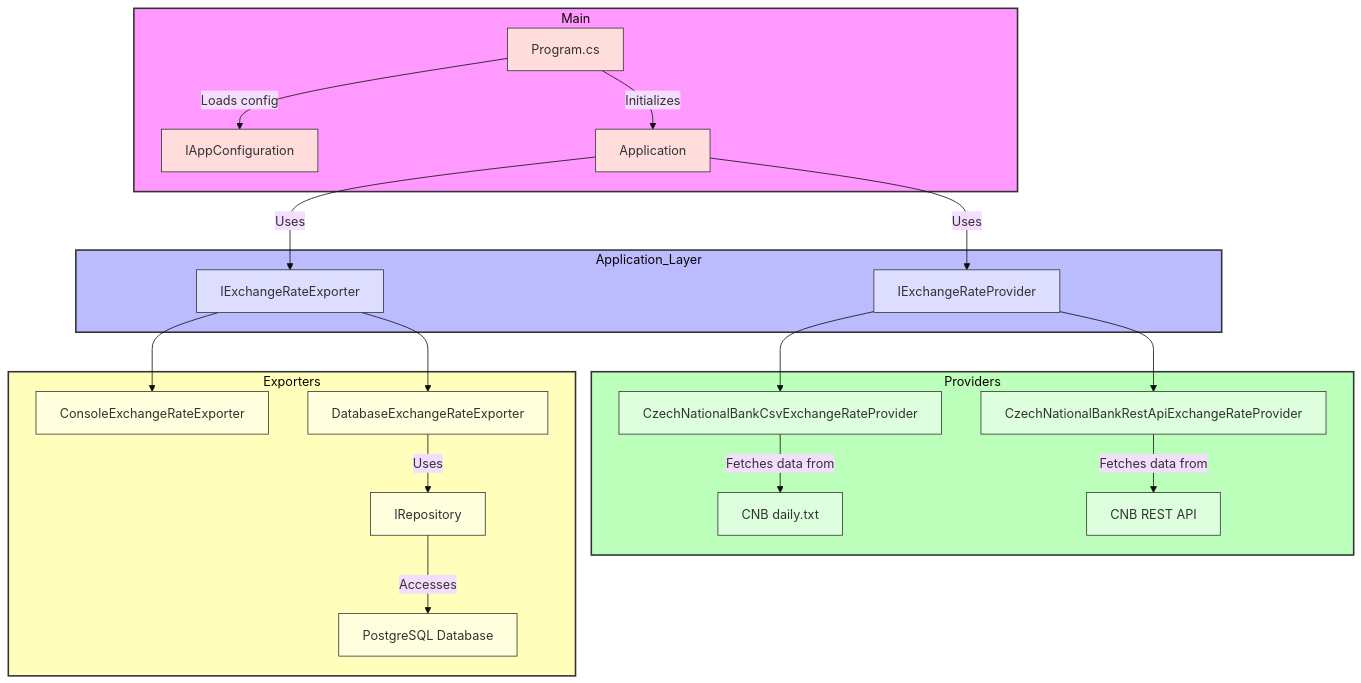
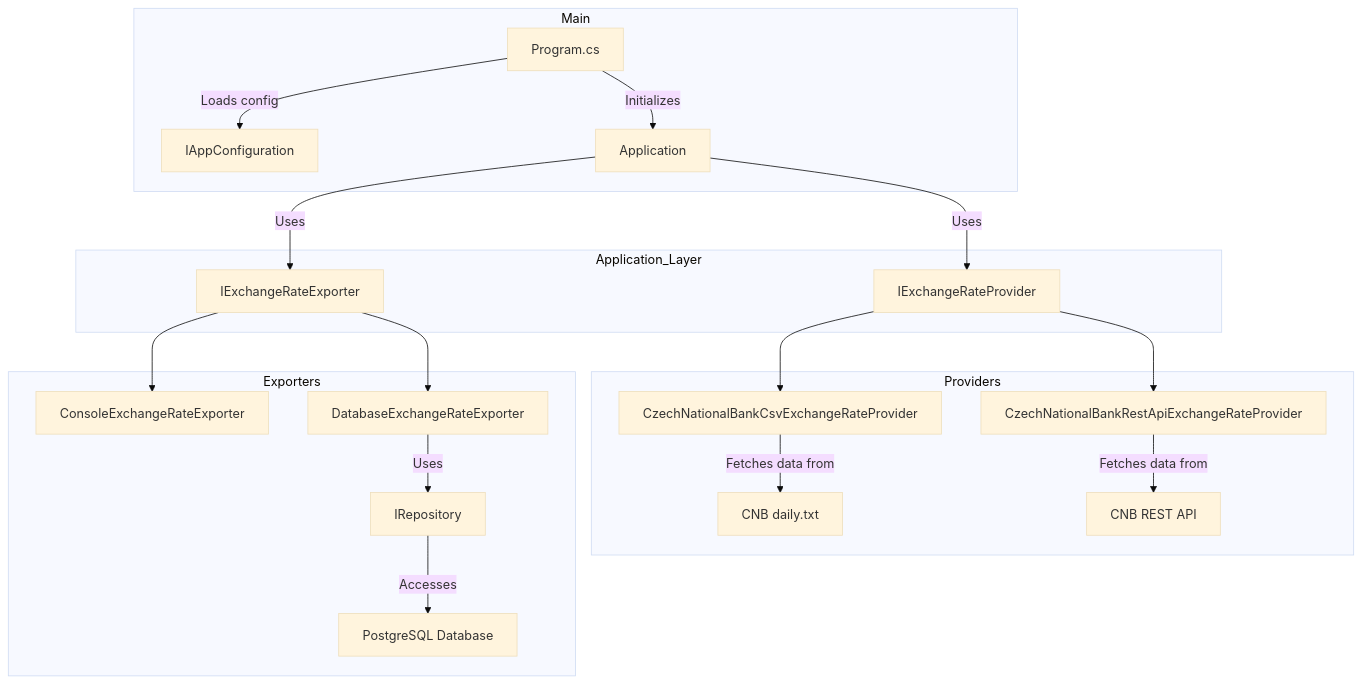
One commit to MewsSystems/developers changed the second of 2 diagrams in jobs/Backend/Readme.md. Above: the diagram before and after it, drawn with Mermaid (base theme). The commit also changed other lines of this file, not shown here.

````diff
--- a/jobs/Backend/Readme.md
+++ b/jobs/Backend/Readme.md
@@ -121,54 +112,43 @@
 ```mermaid
 graph TD
 %% Main
     subgraph Main
-        style Main fill: #f9f, stroke: #333, stroke-width: 2px
         A[Program.cs]:::main
         B[IAppConfiguration]:::main
         C[Application]:::main
         A -->|Loads config| B
         A -->|Initializes| C
     end
 
 %% Application Layer
     subgraph Application_Layer
-        style Application_Layer fill: #bbf, stroke: #333, stroke-width: 2px
         D[IExchangeRateProvider]:::app
         E[IExchangeRateExporter]:::app
         C -->|Uses| D
         C -->|Uses| E
     end
 
 %% Providers
     subgraph Providers
-        style Providers fill: #bfb, stroke: #333, stroke-width: 2px
         F[CzechNationalBankCsvExchangeRateProvider]:::prov
         G[CzechNationalBankRestApiExchangeRateProvider]:::prov
         H[CNB daily.txt]:::prov
         I[CNB REST API]:::prov
         D --> F
         D --> G
         F -->|Fetches data from| H
         G -->|Fetches data from| I
     end
 
 %% Exporters
     subgraph Exporters
-        style Exporters fill: #ffb, stroke: #333, stroke-width: 2px
         J[ConsoleExchangeRateExporter]:::exp
         K[DatabaseExchangeRateExporter]:::exp
         L[IRepository]:::exp
         M[PostgreSQL Database]:::exp
         E --> J
         E --> K
         K -->|Uses| L
         L -->|Accesses| M
     end
-
-%% Classes styles
-    classDef main fill: #fdd, stroke: #333, stroke-width: 1px;
-    classDef app fill: #ddf, stroke: #333, stroke-width: 1px;
-    classDef prov fill: #dfd, stroke: #333, stroke-width: 1px;
-    classDef exp fill: #ffd, stroke: #333, stroke-width: 1px;
-
 ```
````
